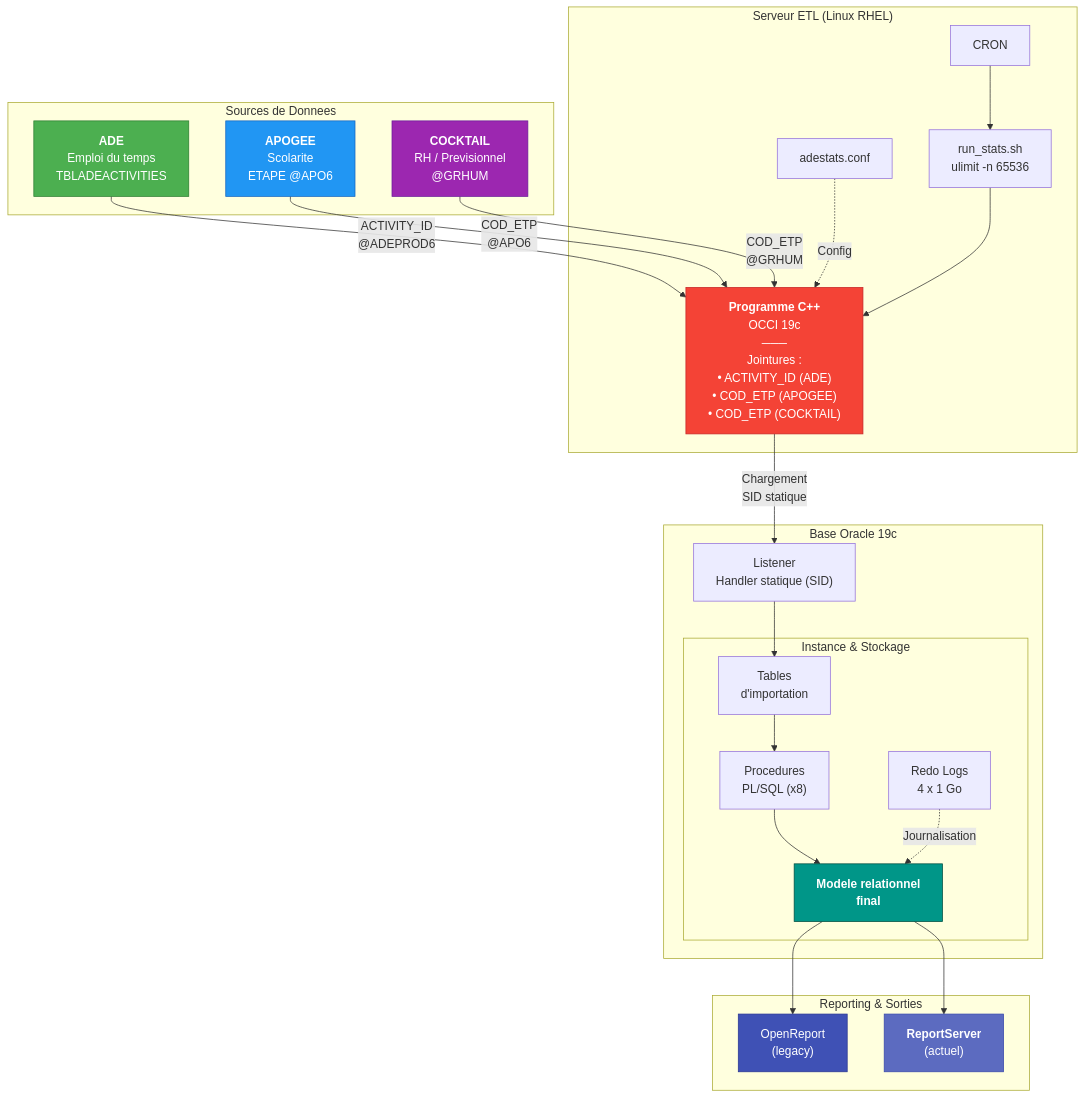
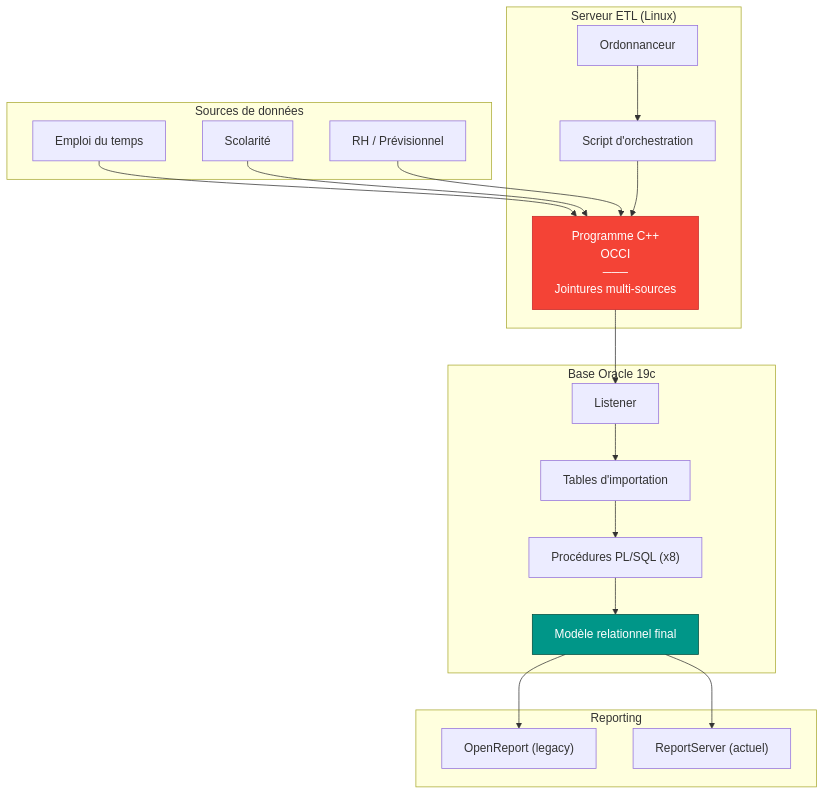
Before and after one commit to gpilliat/adestats-documentation: the first of 2 diagrams in architecture/programme-cpp.md, drawn with Mermaid. The commit also changed other lines of this file, not shown here.

````diff
--- a/architecture/programme-cpp.md
+++ b/architecture/programme-cpp.md
@@ -16,57 +16,41 @@
 ```mermaid
 graph TD
-    subgraph SOURCES["Sources de Donnees"]
-        ADE["<b>ADE</b><br/>Emploi du temps<br/>TBLADEACTIVITIES"]
-        APO["<b>APOGEE</b><br/>Scolarite<br/>ETAPE @APO6"]
-        CKT["<b>COCKTAIL</b><br/>RH / Previsionnel<br/>@GRHUM"]
+    subgraph SOURCES["Sources de données"]
+        ADE["Emploi du temps"]
+        APO["Scolarité"]
+        CKT["RH / Prévisionnel"]
     end
 
-    subgraph ETL["Serveur ETL (Linux RHEL)"]
-        CRON["CRON"]
-        WRAP["run_stats.sh<br/>ulimit -n 65536"]
-        CONF["adestats.conf"]
-        CPP["<b>Programme C++</b><br/>OCCI 19c<br/>───<br/>Jointures :<br/>• ACTIVITY_ID (ADE)<br/>• COD_ETP (APOGEE)<br/>• COD_ETP (COCKTAIL)"]
+    subgraph ETL["Serveur ETL (Linux)"]
+        CRON["Ordonnanceur"]
+        WRAP["Script d'orchestration"]
+        CPP["Programme C++<br/>OCCI<br/>───<br/>Jointures multi-sources"]
     end
 
     subgraph ORACLE["Base Oracle 19c"]
-        LISTENER["Listener<br/>Handler statique (SID)"]
-
-        subgraph INSTANCE["Instance & Stockage"]
-            IMPORT["Tables<br/>d'importation"]
-            PLSQL["Procedures<br/>PL/SQL (x8)"]
-            REDO["Redo Logs<br/>4 x 1 Go"]
-            MODEL["<b>Modele relationnel<br/>final</b>"]
-        end
+        LISTENER["Listener"]
+        IMPORT["Tables d'importation"]
+        PLSQL["Procédures PL/SQL (x8)"]
+        MODEL["Modèle relationnel final"]
     end
 
-    subgraph REPORT["Reporting & Sorties"]
-        OR["OpenReport<br/>(legacy)"]
-        RS["<b>ReportServer</b><br/>(actuel)"]
+    subgraph REPORT["Reporting"]
+        OR["OpenReport (legacy)"]
+        RS["ReportServer (actuel)"]
     end
 
-    ADE -->|"ACTIVITY_ID<br/>@ADEPROD6"| CPP
-    APO -->|"COD_ETP<br/>@APO6"| CPP
-    CKT -->|"COD_ETP<br/>@GRHUM"| CPP
-
+    ADE --> CPP
+    APO --> CPP
+    CKT --> CPP
     CRON --> WRAP
-    CONF -.->|"Config"| CPP
     WRAP --> CPP
-
-    CPP -->|"Chargement<br/>SID statique"| LISTENER
+    CPP --> LISTENER
     LISTENER --> IMPORT
     IMPORT --> PLSQL
     PLSQL --> MODEL
-    REDO -.->|"Journalisation"| MODEL
-
     MODEL --> OR
     MODEL --> RS
 
-    style ADE fill:#4CAF50,stroke:#2E7D32,color:#fff
-    style APO fill:#2196F3,stroke:#1565C0,color:#fff
-    style CKT fill:#9C27B0,stroke:#6A1B9A,color:#fff
     style CPP fill:#F44336,stroke:#C62828,color:#fff
     style MODEL fill:#009688,stroke:#004D40,color:#fff
-    style RS fill:#5C6BC0,stroke:#3949AB,color:#fff
-    style OR fill:#3F51B5,stroke:#283593,color:#fff
-
 ```
````
